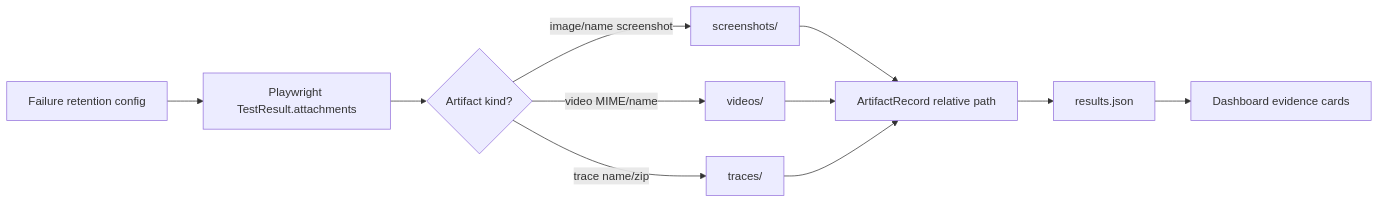
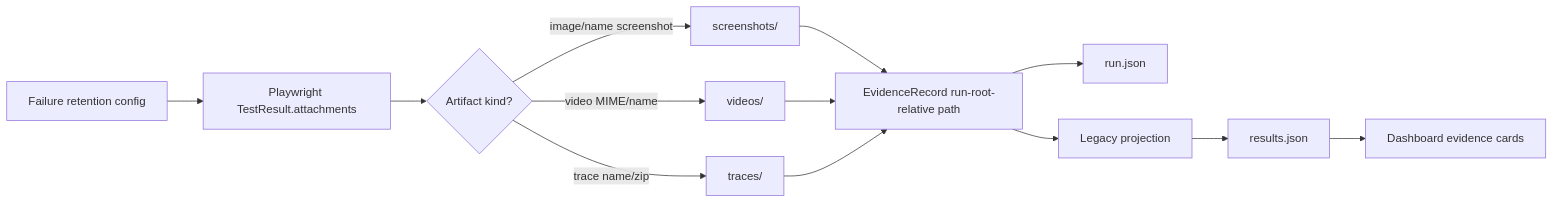
Before and after one commit to ydvgaurav1/Playwright-Tutorial: the fourth of 4 diagrams in learning-guide/08-debugging-and-reporting.md, drawn with Mermaid. The commit also changed other lines of this file and 3 other files, not shown here.

First line of the commit message:
docs: update reporting architecture and environment flow

````diff
--- a/learning-guide/08-debugging-and-reporting.md
+++ b/learning-guide/08-debugging-and-reporting.md
@@ -218,13 +254,15 @@
 ```mermaid
 flowchart LR
     CONFIG[Failure retention config] --> PW[Playwright TestResult.attachments]
     PW --> KIND{Artifact kind?}
     KIND -->|image/name screenshot| SHOT[screenshots/]
     KIND -->|video MIME/name| VIDEO[videos/]
     KIND -->|trace name/zip| TRACE[traces/]
-    SHOT --> RECORD[ArtifactRecord relative path]
+    SHOT --> RECORD[EvidenceRecord run-root-relative path]
     VIDEO --> RECORD
     TRACE --> RECORD
-    RECORD --> JSON[results.json]
+    RECORD --> RUN[run.json]
+    RECORD --> PROJECT[Legacy projection]
+    PROJECT --> JSON[results.json]
     JSON --> DASH[Dashboard evidence cards]
 ```
````
